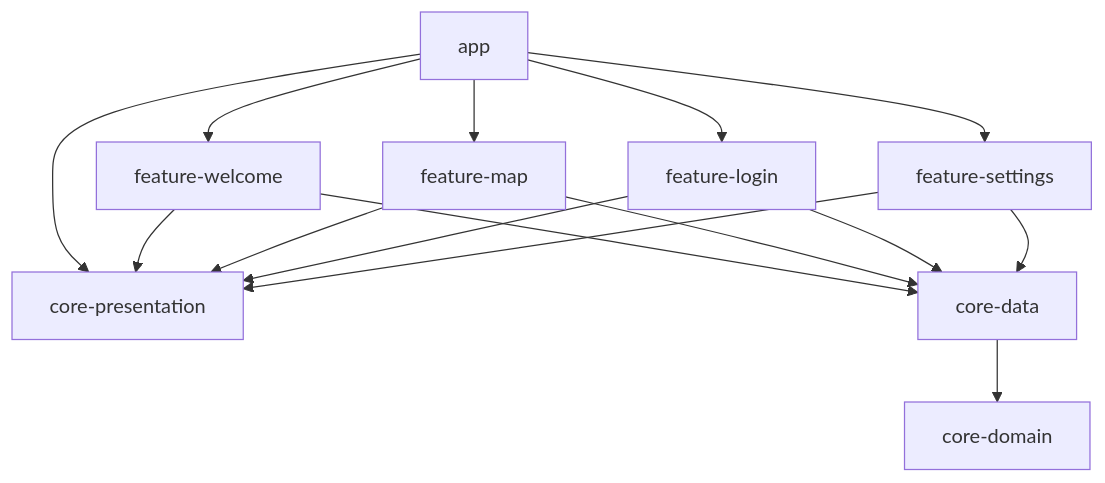
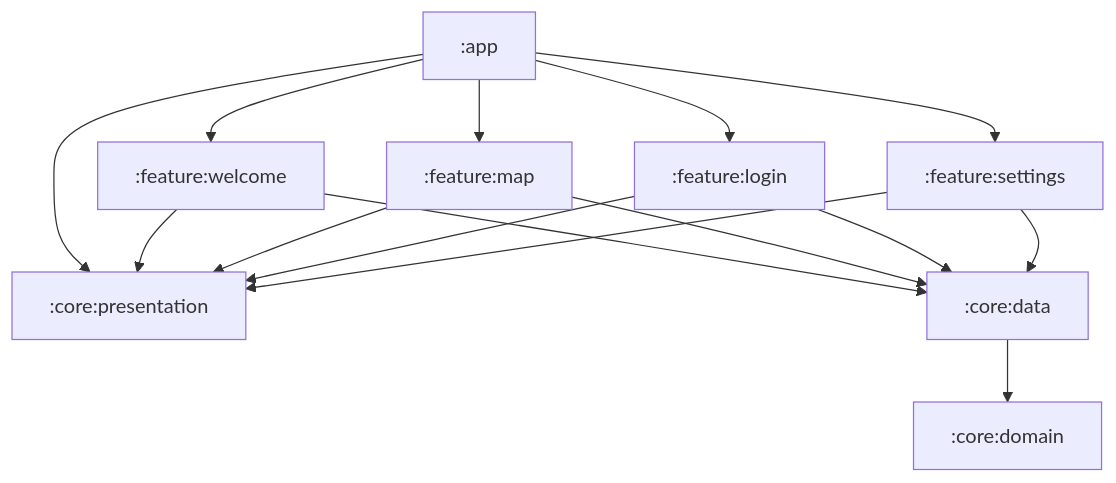
The diagram in README.md (winstonmoon/wiki-bidet-map-android), drawn with Mermaid before and after one commit.

````diff
--- a/README.md
+++ b/README.md
@@ -29,17 +29,17 @@
 ```mermaid
 graph TD;
-    app-->feature-welcome;
-    app-->feature-map;
-    app-->feature-login;
-    app-->feature-settings;
-    app-->core-presentation;
-    feature-welcome-->core-presentation;
-    feature-map-->core-presentation;
-    feature-login-->core-presentation;
-    feature-settings-->core-presentation;
-    feature-welcome-->core-data;
-    feature-map-->core-data;
-    feature-login-->core-data;
-    feature-settings-->core-data;
-    core-data-->core-domain;
+    :app-->:feature:welcome;
+    :app-->:feature:map;
+    :app-->:feature:login;
+    :app-->:feature:settings;
+    :app-->:core:presentation;
+    :feature:welcome-->:core:presentation;
+    :feature:map-->:core:presentation;
+    :feature:login-->:core:presentation;
+    :feature:settings-->:core:presentation;
+    :feature:welcome-->:core:data;
+    :feature:map-->:core:data;
+    :feature:login-->:core:data;
+    :feature:settings-->:core:data;
+    :core:data-->:core:domain;
 ```
````
